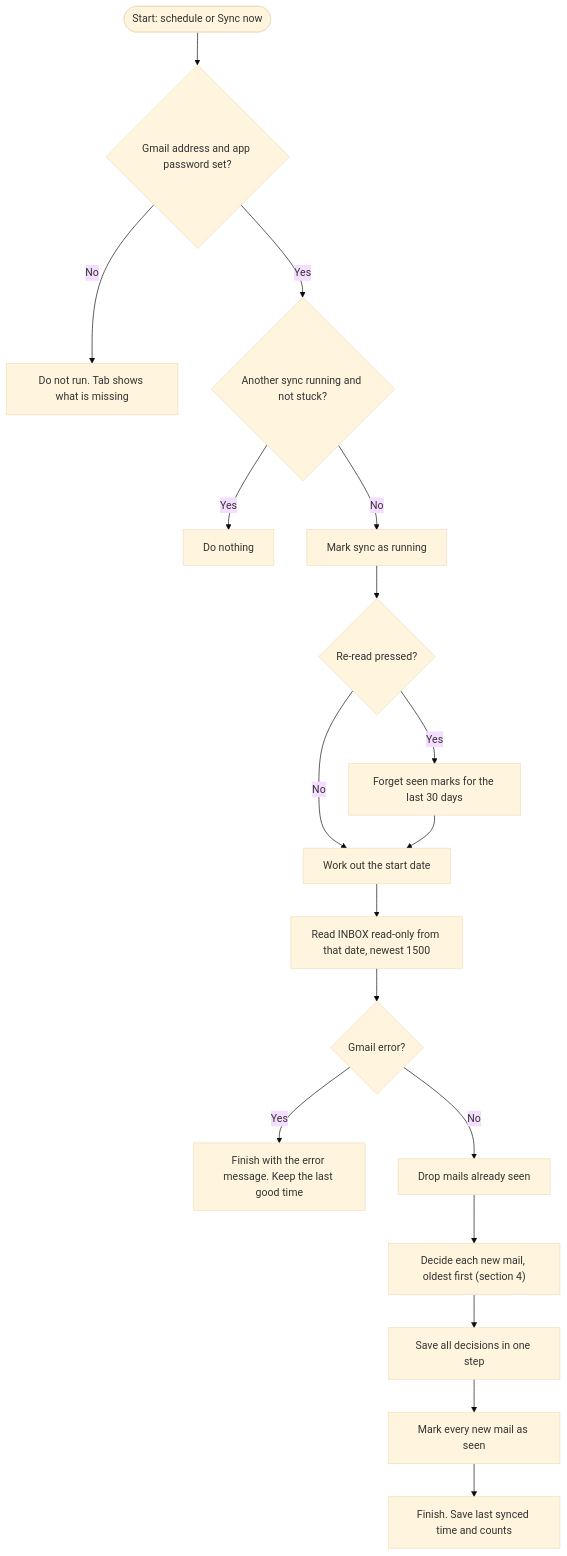
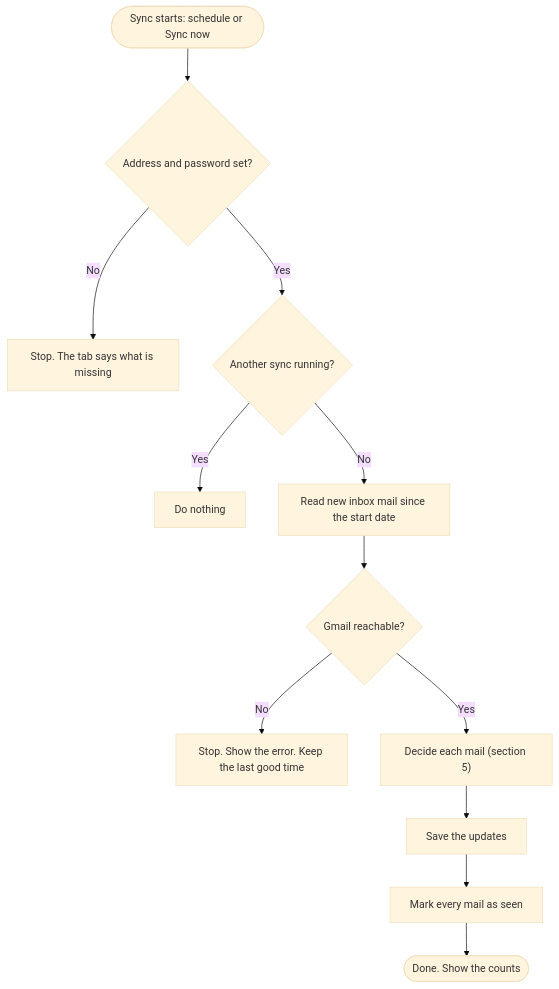
One commit to nikhil-tuli/job-search-tool changed the second of 11 diagrams in docs/EMAIL_SYNC_REQUIREMENTS.md. Above: the diagram before and after it, drawn with Mermaid (base theme). The commit also changed other lines of this file, not shown here.

First line of the commit message:
Rewrite the Email Sync doc: plain overview, one question per chart, examples

````diff
--- a/docs/EMAIL_SYNC_REQUIREMENTS.md
+++ b/docs/EMAIL_SYNC_REQUIREMENTS.md
@@ -52,20 +78,14 @@
 ```mermaid
 flowchart TD
-    A(["Start: schedule or Sync now"]) --> B{"Gmail address and app password set?"}
-    B -- No --> B1["Do not run. Tab shows what is missing"]
-    B -- Yes --> C{"Another sync running and not stuck?"}
+    A(["Sync starts: schedule or Sync now"]) --> B{"Address and password set?"}
+    B -- No --> B1["Stop. The tab says what is missing"]
+    B -- Yes --> C{"Another sync running?"}
     C -- Yes --> C1["Do nothing"]
-    C -- No --> D["Mark sync as running"]
-    D --> E{"Re-read pressed?"}
-    E -- Yes --> E1["Forget seen marks for the last 30 days"]
-    E -- No --> F
-    E1 --> F["Work out the start date"]
-    F --> G["Read INBOX read-only from that date, newest 1500"]
-    G --> GE{"Gmail error?"}
-    GE -- Yes --> X["Finish with the error message. Keep the last good time"]
-    GE -- No --> H["Drop mails already seen"]
-    H --> I["Decide each new mail, oldest first (section 4)"]
-    I --> J["Save all decisions in one step"]
-    J --> K["Mark every new mail as seen"]
-    K --> L["Finish. Save last synced time and counts"]
+    C -- No --> D["Read new inbox mail since the start date"]
+    D --> E{"Gmail reachable?"}
+    E -- No --> E1["Stop. Show the error. Keep the last good time"]
+    E -- Yes --> F["Decide each mail (section 5)"]
+    F --> G["Save the updates"]
+    G --> H["Mark every mail as seen"]
+    H --> I(["Done. Show the counts"])
 ```
````
